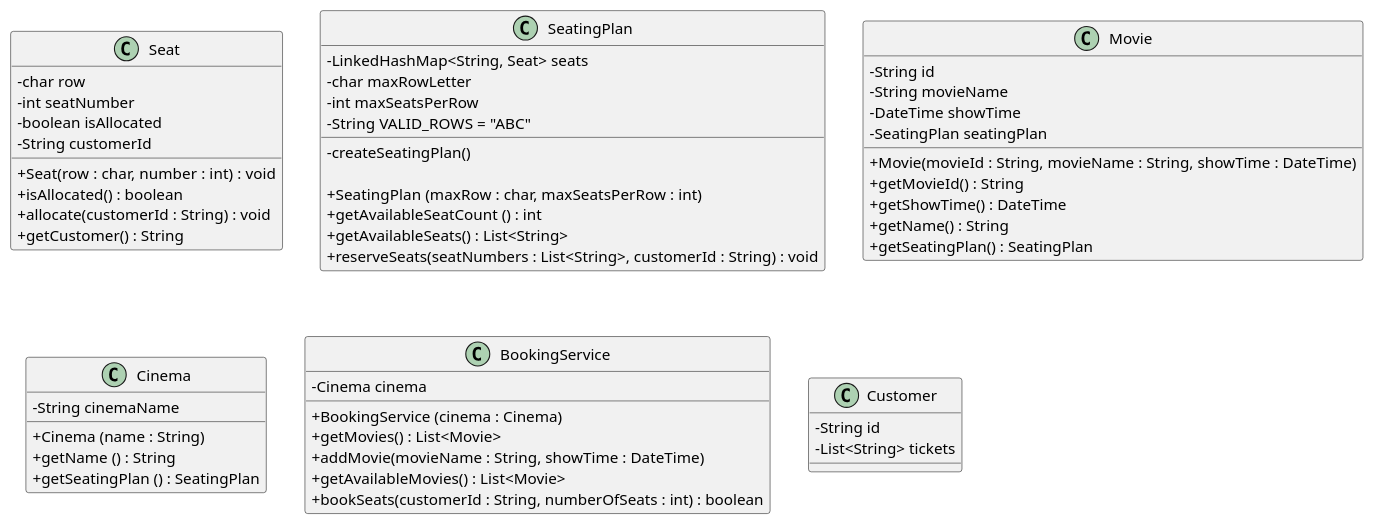
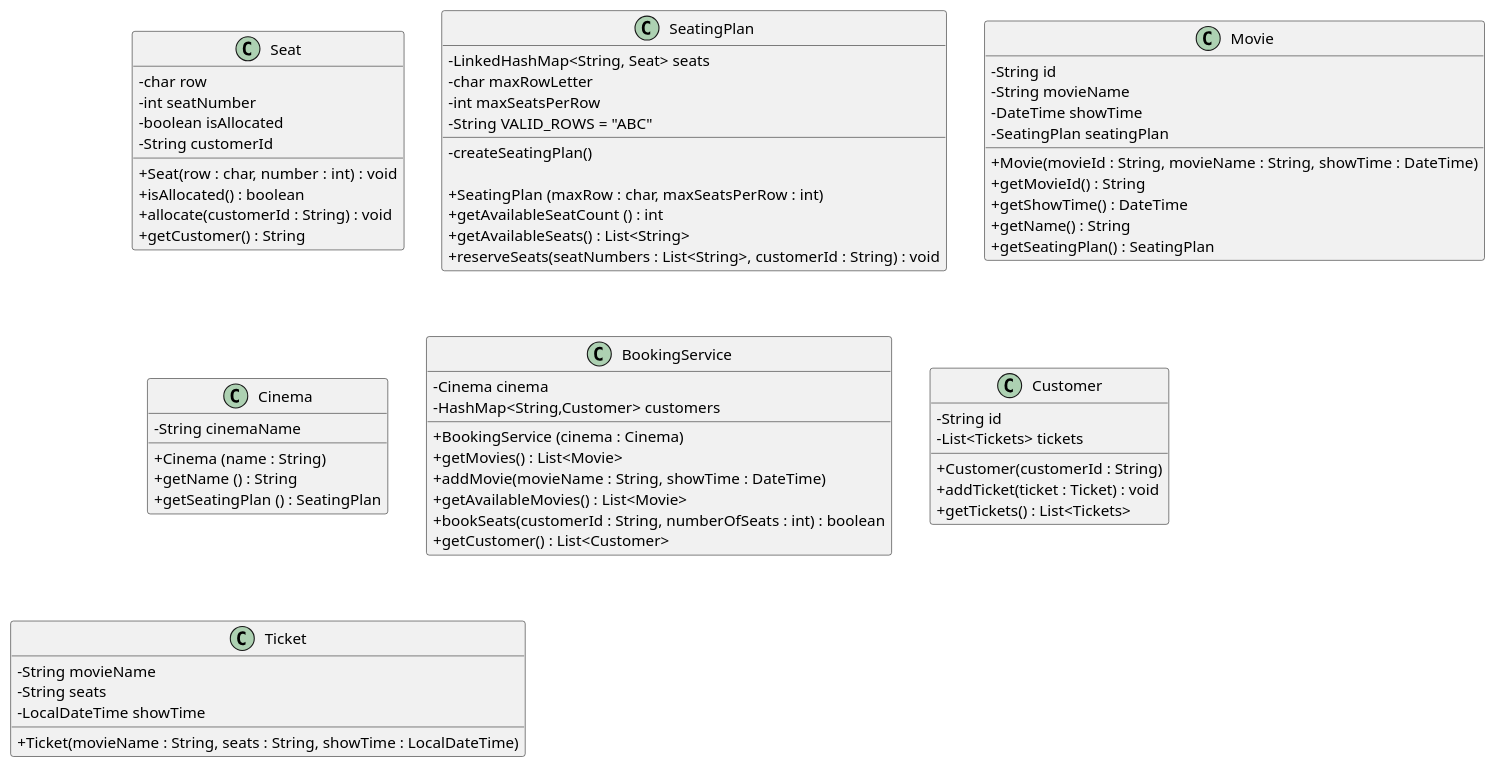
Before and after one commit to probert999/cinnamon-cinema: the diagram in uml/CinnamonCinema.puml, drawn with PlantUML. The commit also changed 13 other files, not shown here.

Commit message:
Added Ticket & Customer classes and tests.  Main function running tests for specified acceptance criteria.

```diff
--- a/uml/CinnamonCinema.puml
+++ b/uml/CinnamonCinema.puml
@@ -1,67 +1,81 @@
 @startuml
 skinparam classAttributeIconSize 0
 
 class Seat {
     - char row
     - int seatNumber
     - boolean isAllocated
     - String customerId
 
     + Seat(row : char, number : int) : void
     + isAllocated() : boolean
     + allocate(customerId : String) : void
     + getCustomer() : String
 }
 
 class SeatingPlan {
     - LinkedHashMap<String, Seat> seats
     - char maxRowLetter
     - int maxSeatsPerRow
     - String VALID_ROWS = "ABC"
 
     - createSeatingPlan()
 
     + SeatingPlan (maxRow : char, maxSeatsPerRow : int)
     + getAvailableSeatCount () : int
     + getAvailableSeats() : List<String>
     + reserveSeats(seatNumbers : List<String>, customerId : String) : void
 }
 
 class Movie {
     - String id
     - String movieName
     - DateTime showTime
     - SeatingPlan seatingPlan
 
     + Movie(movieId : String, movieName : String, showTime : DateTime)
     + getMovieId() : String
     + getShowTime() : DateTime
     + getName() : String
     + getSeatingPlan() : SeatingPlan
 }
 
 class Cinema {
     - String cinemaName
 
     + Cinema (name : String)
     + getName () : String
     + getSeatingPlan () : SeatingPlan
 }
 
 class BookingService {
     - Cinema cinema
+    - HashMap<String,Customer> customers
 
     + BookingService (cinema : Cinema)
     + getMovies() : List<Movie>
     + addMovie(movieName : String, showTime : DateTime)
     + getAvailableMovies() : List<Movie>
     + bookSeats(customerId : String, numberOfSeats : int) : boolean
+    + getCustomer() : List<Customer>
 }
 
 class Customer {
     - String id
-    - List<String> tickets
+    - List<Tickets> tickets
+
+    + Customer(customerId : String)
+    + addTicket(ticket : Ticket) : void
+    + getTickets() : List<Tickets>
 }
+
+class Ticket {
+    - String movieName
+    - String seats
+    - LocalDateTime showTime
+
+    + Ticket(movieName : String, seats : String, showTime : LocalDateTime)
+    }
 
 
 @enduml
```
